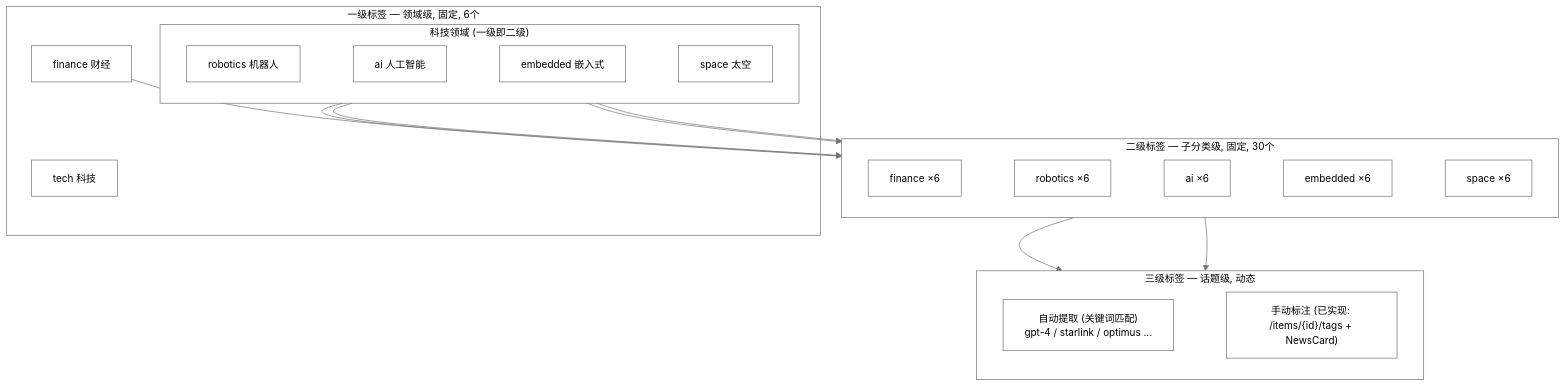
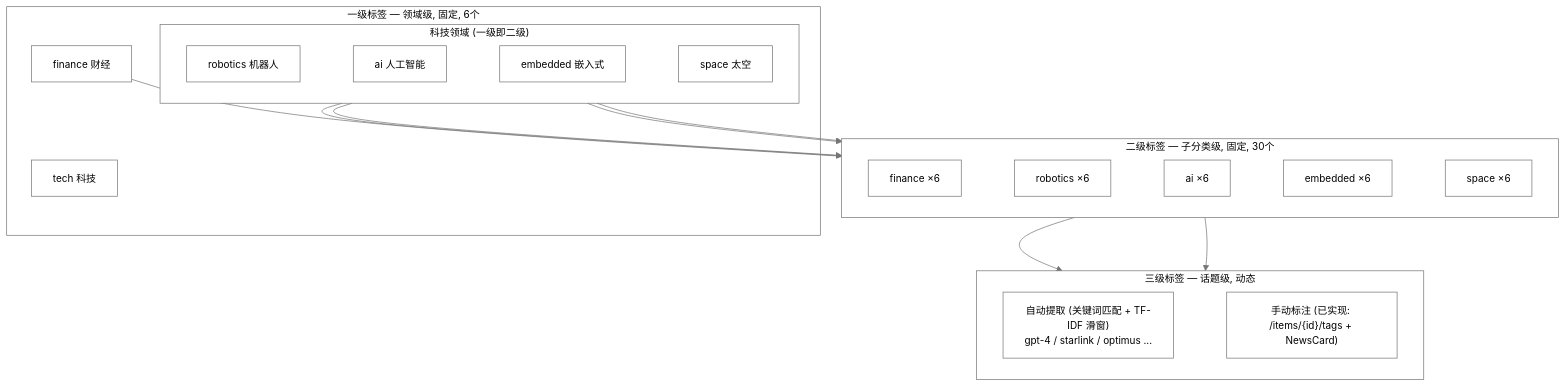
The fifth of 6 diagrams in docs/dev-guide/design/content-categories.md (onceme/instantboard), drawn with Mermaid before and after one commit. The commit also changed other lines of this file and 5 other files, not shown here.

````diff
--- a/docs/dev-guide/design/content-categories.md
+++ b/docs/dev-guide/design/content-categories.md
@@ -534,26 +534,26 @@
 ```mermaid
 %%{init: {"theme": "base", "themeVariables": {"primaryColor": "#ffffff", "primaryTextColor": "#000000", "primaryBorderColor": "#767676", "lineColor": "#767676", "arrowheadColor": "#767676", "secondaryColor": "#ffffff", "secondaryTextColor": "#000000", "secondaryBorderColor": "#767676", "tertiaryColor": "#ffffff", "tertiaryTextColor": "#000000", "tertiaryBorderColor": "#767676", "edgeLabelBackground": "#ffffff", "textColor": "#000000", "nodeTextColor": "#000000", "mainBkg": "#ffffff", "nodeBorder": "#767676", "clusterBkg": "#ffffff", "clusterBdr": "#767676", "clusterTextColor": "#000000", "titleColor": "#000000", "fontSize": "14px"}, "flowchart": {"nodeSpacing": 40, "rankSpacing": 50, "wrappingWidth": 180, "useMaxWidth": true}}}%%
 graph TD
     subgraph level1_tags["一级标签 — 领域级, 固定, 6个"]
         t_finance["finance 财经"] ~~~ t_tech["tech 科技"]
         subgraph tech_level1["科技领域 (一级即二级)"]
             direction LR
             t_robotics["robotics 机器人"] ~~~ t_ai["ai 人工智能"] ~~~ t_embedded["embedded 嵌入式"] ~~~ t_space["space 太空"]
         end
     end
     subgraph level2_tags["二级标签 — 子分类级, 固定, 30个"]
         direction LR
         l2_fin["finance ×6"] ~~~ l2_rob["robotics ×6"] ~~~ l2_ai["ai ×6"] ~~~ l2_emb["embedded ×6"] ~~~ l2_sp["space ×6"]
     end
     subgraph level3_tags["三级标签 — 话题级, 动态"]
         direction LR
-        l3_auto["自动提取 (关键词匹配)<br/>gpt-4 / starlink / optimus ..."] ~~~ l3_manual["手动标注 (已实现: /items/{id}/tags + NewsCard)"]
+        l3_auto["自动提取 (关键词匹配 + TF-IDF 滑窗)<br/>gpt-4 / starlink / optimus ..."] ~~~ l3_manual["手动标注 (已实现: /items/{id}/tags + NewsCard)"]
     end
     t_finance --> l2_fin
     t_robotics --> l2_rob
     t_ai --> l2_ai
     t_embedded --> l2_emb
     t_space --> l2_sp
     level2_tags --> l3_auto
     level2_tags --> l3_manual
 ```
````
